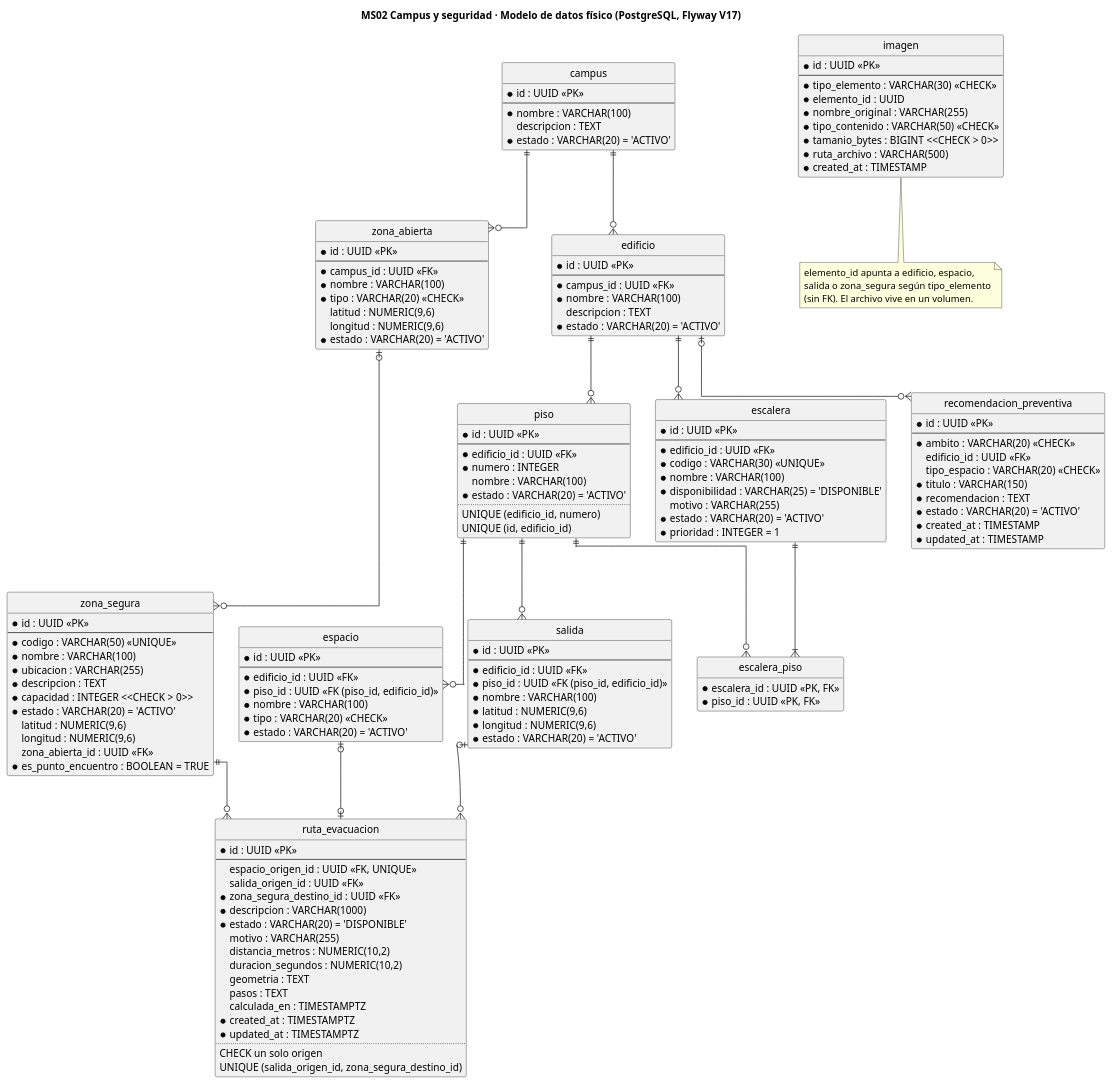
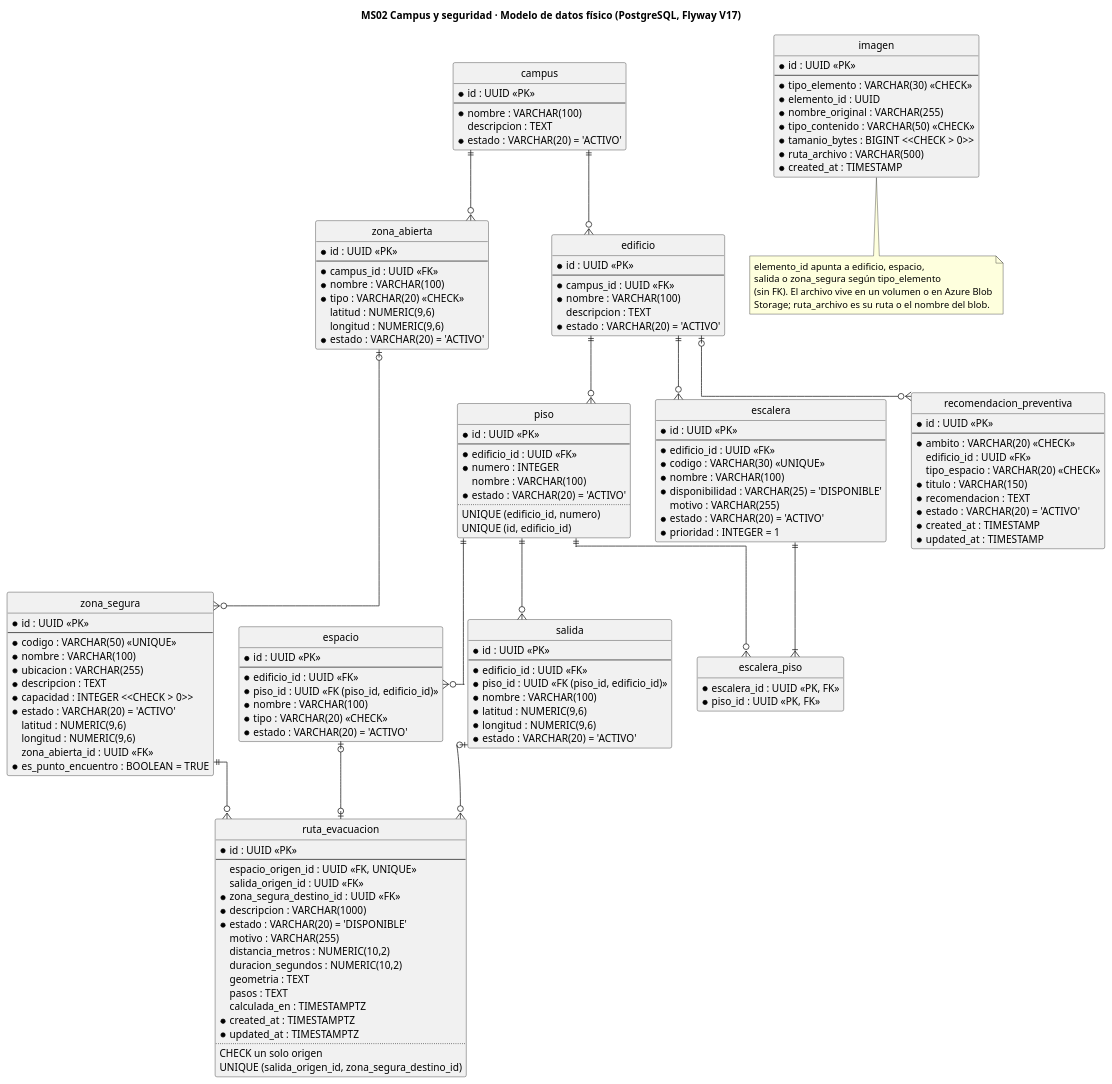
The diagram in ms02-campus-and-security/diagramas/ms02_er_fisico.puml (CampusSeguro-DOSW-2026-2/documentation), drawn with PlantUML before and after one commit. The commit also changed 6 other files, not shown here.

Commit message:
docs(ms02): document Azure Blob image storage and community views

```diff
--- a/ms02-campus-and-security/diagramas/ms02_er_fisico.puml
+++ b/ms02-campus-and-security/diagramas/ms02_er_fisico.puml
@@ -1,154 +1,155 @@
 @startuml ms02_er_fisico
 title MS02 Campus y seguridad · Modelo de datos físico (PostgreSQL, Flyway V17)
 hide circle
 hide empty methods
 skinparam linetype ortho
 
 entity campus {
   * id : UUID <<PK>>
   --
   * nombre : VARCHAR(100)
   descripcion : TEXT
   * estado : VARCHAR(20) = 'ACTIVO'
 }
 entity zona_abierta {
   * id : UUID <<PK>>
   --
   * campus_id : UUID <<FK>>
   * nombre : VARCHAR(100)
   * tipo : VARCHAR(20) <<CHECK>>
   latitud : NUMERIC(9,6)
   longitud : NUMERIC(9,6)
   * estado : VARCHAR(20) = 'ACTIVO'
 }
 entity edificio {
   * id : UUID <<PK>>
   --
   * campus_id : UUID <<FK>>
   * nombre : VARCHAR(100)
   descripcion : TEXT
   * estado : VARCHAR(20) = 'ACTIVO'
 }
 entity piso {
   * id : UUID <<PK>>
   --
   * edificio_id : UUID <<FK>>
   * numero : INTEGER
   nombre : VARCHAR(100)
   * estado : VARCHAR(20) = 'ACTIVO'
   ..
   UNIQUE (edificio_id, numero)
   UNIQUE (id, edificio_id)
 }
 entity espacio {
   * id : UUID <<PK>>
   --
   * edificio_id : UUID <<FK>>
   * piso_id : UUID <<FK (piso_id, edificio_id)>>
   * nombre : VARCHAR(100)
   * tipo : VARCHAR(20) <<CHECK>>
   * estado : VARCHAR(20) = 'ACTIVO'
 }
 entity salida {
   * id : UUID <<PK>>
   --
   * edificio_id : UUID <<FK>>
   * piso_id : UUID <<FK (piso_id, edificio_id)>>
   * nombre : VARCHAR(100)
   * latitud : NUMERIC(9,6)
   * longitud : NUMERIC(9,6)
   * estado : VARCHAR(20) = 'ACTIVO'
 }
 entity escalera {
   * id : UUID <<PK>>
   --
   * edificio_id : UUID <<FK>>
   * codigo : VARCHAR(30) <<UNIQUE>>
   * nombre : VARCHAR(100)
   * disponibilidad : VARCHAR(25) = 'DISPONIBLE'
   motivo : VARCHAR(255)
   * estado : VARCHAR(20) = 'ACTIVO'
   * prioridad : INTEGER = 1
 }
 entity escalera_piso {
   * escalera_id : UUID <<PK, FK>>
   * piso_id : UUID <<PK, FK>>
 }
 entity zona_segura {
   * id : UUID <<PK>>
   --
   * codigo : VARCHAR(50) <<UNIQUE>>
   * nombre : VARCHAR(100)
   * ubicacion : VARCHAR(255)
   * descripcion : TEXT
   * capacidad : INTEGER <<CHECK > 0>>
   * estado : VARCHAR(20) = 'ACTIVO'
   latitud : NUMERIC(9,6)
   longitud : NUMERIC(9,6)
   zona_abierta_id : UUID <<FK>>
   * es_punto_encuentro : BOOLEAN = TRUE
 }
 entity ruta_evacuacion {
   * id : UUID <<PK>>
   --
   espacio_origen_id : UUID <<FK, UNIQUE>>
   salida_origen_id : UUID <<FK>>
   * zona_segura_destino_id : UUID <<FK>>
   * descripcion : VARCHAR(1000)
   * estado : VARCHAR(20) = 'DISPONIBLE'
   motivo : VARCHAR(255)
   distancia_metros : NUMERIC(10,2)
   duracion_segundos : NUMERIC(10,2)
   geometria : TEXT
   pasos : TEXT
   calculada_en : TIMESTAMPTZ
   * created_at : TIMESTAMPTZ
   * updated_at : TIMESTAMPTZ
   ..
   CHECK un solo origen
   UNIQUE (salida_origen_id, zona_segura_destino_id)
 }
 entity recomendacion_preventiva {
   * id : UUID <<PK>>
   --
   * ambito : VARCHAR(20) <<CHECK>>
   edificio_id : UUID <<FK>>
   tipo_espacio : VARCHAR(20) <<CHECK>>
   * titulo : VARCHAR(150)
   * recomendacion : TEXT
   * estado : VARCHAR(20) = 'ACTIVO'
   * created_at : TIMESTAMP
   * updated_at : TIMESTAMP
 }
 entity imagen {
   * id : UUID <<PK>>
   --
   * tipo_elemento : VARCHAR(30) <<CHECK>>
   * elemento_id : UUID
   * nombre_original : VARCHAR(255)
   * tipo_contenido : VARCHAR(50) <<CHECK>>
   * tamanio_bytes : BIGINT <<CHECK > 0>>
   * ruta_archivo : VARCHAR(500)
   * created_at : TIMESTAMP
 }
 
 campus ||--o{ edificio
 campus ||--o{ zona_abierta
 zona_abierta |o--o{ zona_segura
 edificio ||--o{ piso
 piso ||--o{ espacio
 piso ||--o{ salida
 edificio ||--o{ escalera
 escalera ||--|{ escalera_piso
 piso ||--o{ escalera_piso
 espacio |o--o| ruta_evacuacion
 salida |o--o{ ruta_evacuacion
 zona_segura ||--o{ ruta_evacuacion
 edificio |o--o{ recomendacion_preventiva
 
 note bottom of imagen
   elemento_id apunta a edificio, espacio,
   salida o zona_segura según tipo_elemento
-  (sin FK). El archivo vive en un volumen.
+  (sin FK). El archivo vive en un volumen o en Azure Blob
+  Storage; ruta_archivo es su ruta o el nombre del blob.
 end note
 @enduml
```
